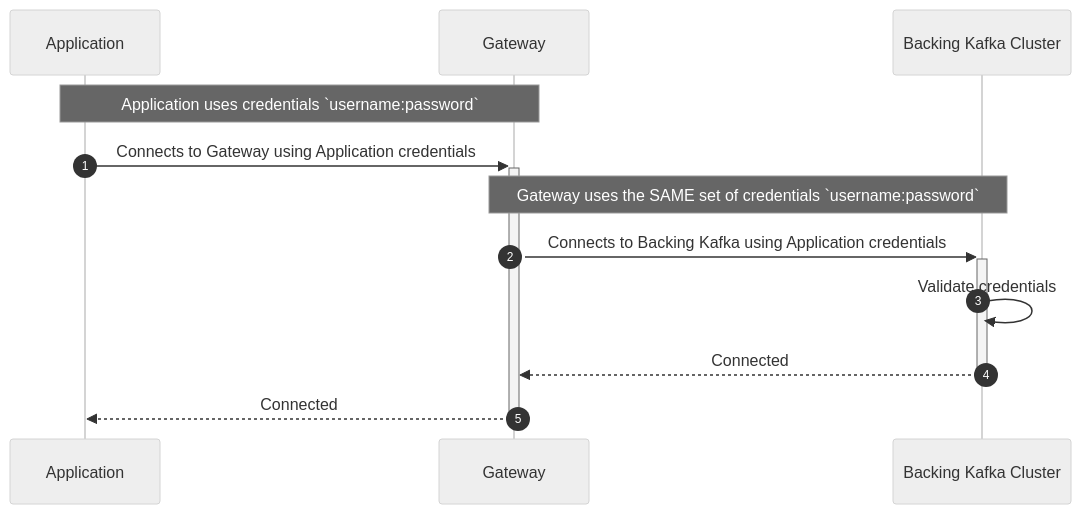
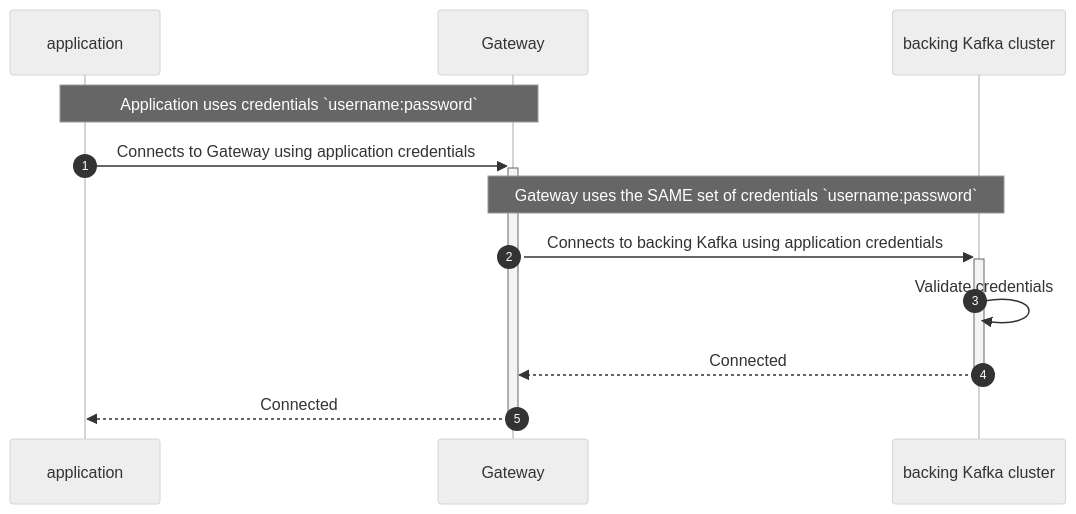
One commit to conduktor/conduktor-docs changed the fifth of 8 diagrams in docs/gateway/configuration/index.md. Above: the diagram before and after it, drawn with Mermaid (neutral theme). The commit also changed other lines of this file, not shown here.

````diff
--- a/docs/gateway/configuration/index.md
+++ b/docs/gateway/configuration/index.md
@@ -126,15 +136,15 @@
 ```mermaid
 sequenceDiagram
 	autonumber
-	participant A as Application 
+	participant A as application 
     participant GW as Gateway
-    participant K as Backing Kafka Cluster
-    
+    participant K as backing Kafka cluster
+
 	Note over A,GW: Application uses credentials `username:password`
-    A->>+GW: Connects to Gateway using Application credentials
+    A->>+GW: Connects to Gateway using application credentials
     Note over GW,K: Gateway uses the SAME set of credentials `username:password`
-    GW->>+K: Connects to Backing Kafka using Application credentials
+    GW->>+K: Connects to backing Kafka using application credentials
     K->>K: Validate credentials
     K-->>-GW: Connected
     GW-->>-A: Connected
 ```
````
